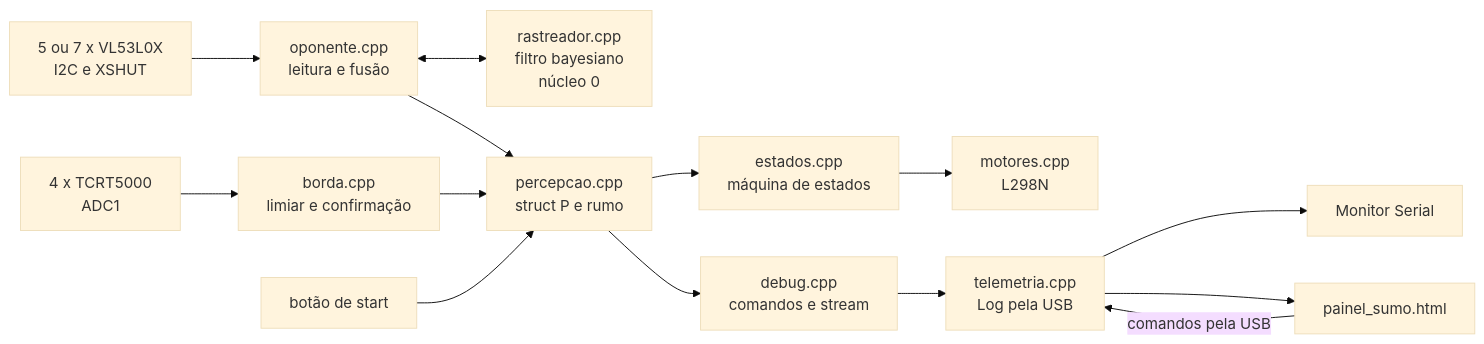
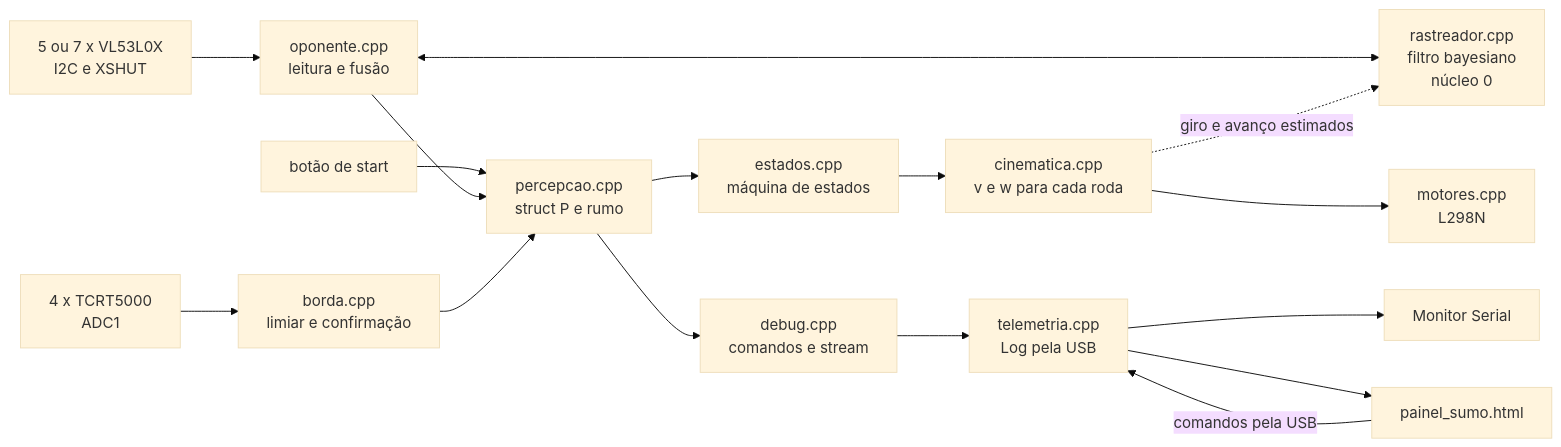
The second of 3 diagrams in README.md (felcoslop/LAB_III_Grupo_D_UFMG_2026_2), drawn with Mermaid (base theme) before and after one commit. The commit also changed other lines of this file, not shown here.

````diff
--- a/README.md
+++ b/README.md
@@ -190,16 +276,18 @@
 ```mermaid
 flowchart LR
     TOF["5 ou 7 x VL53L0X<br/>I2C e XSHUT"] --> OPO["oponente.cpp<br/>leitura e fusão"]
     OPO <--> RAS["rastreador.cpp<br/>filtro bayesiano<br/>núcleo 0"]
     TCRT["4 x TCRT5000<br/>ADC1"] --> BOR["borda.cpp<br/>limiar e confirmação"]
     BOT["botão de start"] --> PER
     OPO --> PER["percepcao.cpp<br/>struct P e rumo"]
     BOR --> PER
     PER --> EST["estados.cpp<br/>máquina de estados"]
-    EST --> MOT["motores.cpp<br/>L298N"]
+    EST --> CIN["cinematica.cpp<br/>v e w para cada roda"]
+    CIN --> MOT["motores.cpp<br/>L298N"]
+    CIN -. "giro e avanço estimados" .-> RAS
     PER --> DEB["debug.cpp<br/>comandos e stream"]
     DEB --> TEL["telemetria.cpp<br/>Log pela USB"]
     TEL --> USB["Monitor Serial"]
     TEL --> PAI["painel_sumo.html"]
     PAI -- "comandos pela USB" --> TEL
 ```
````
